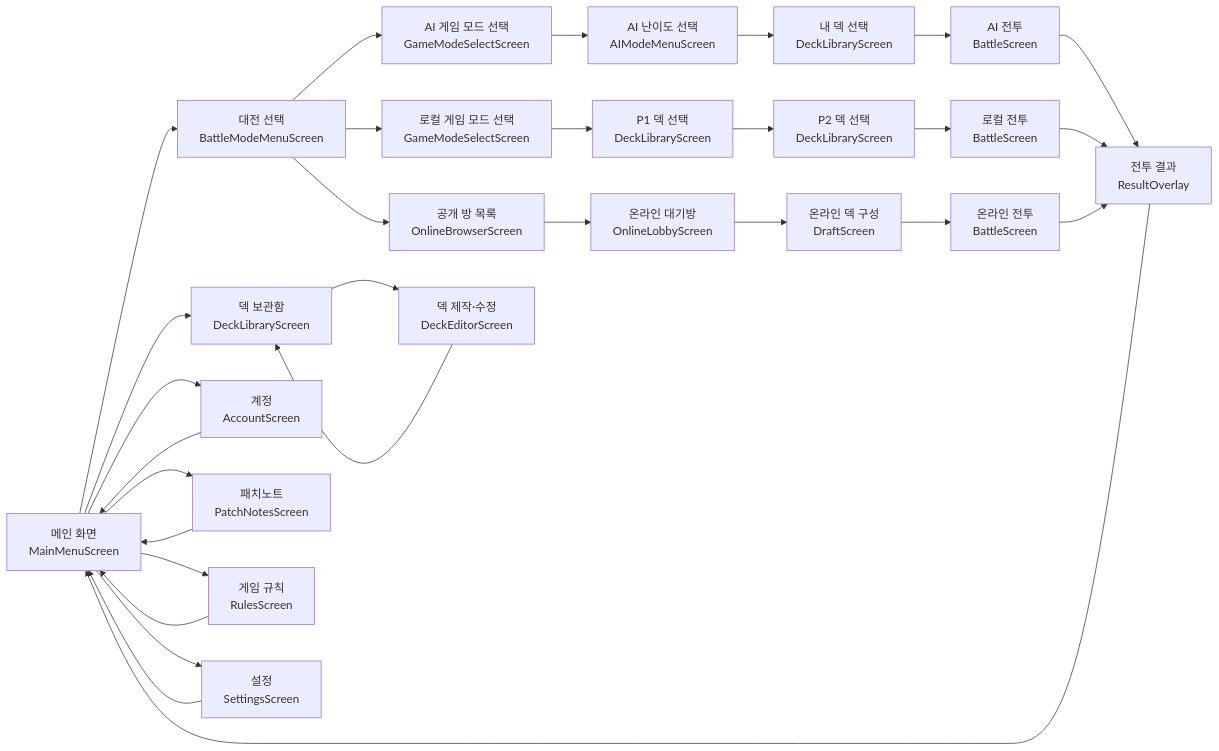
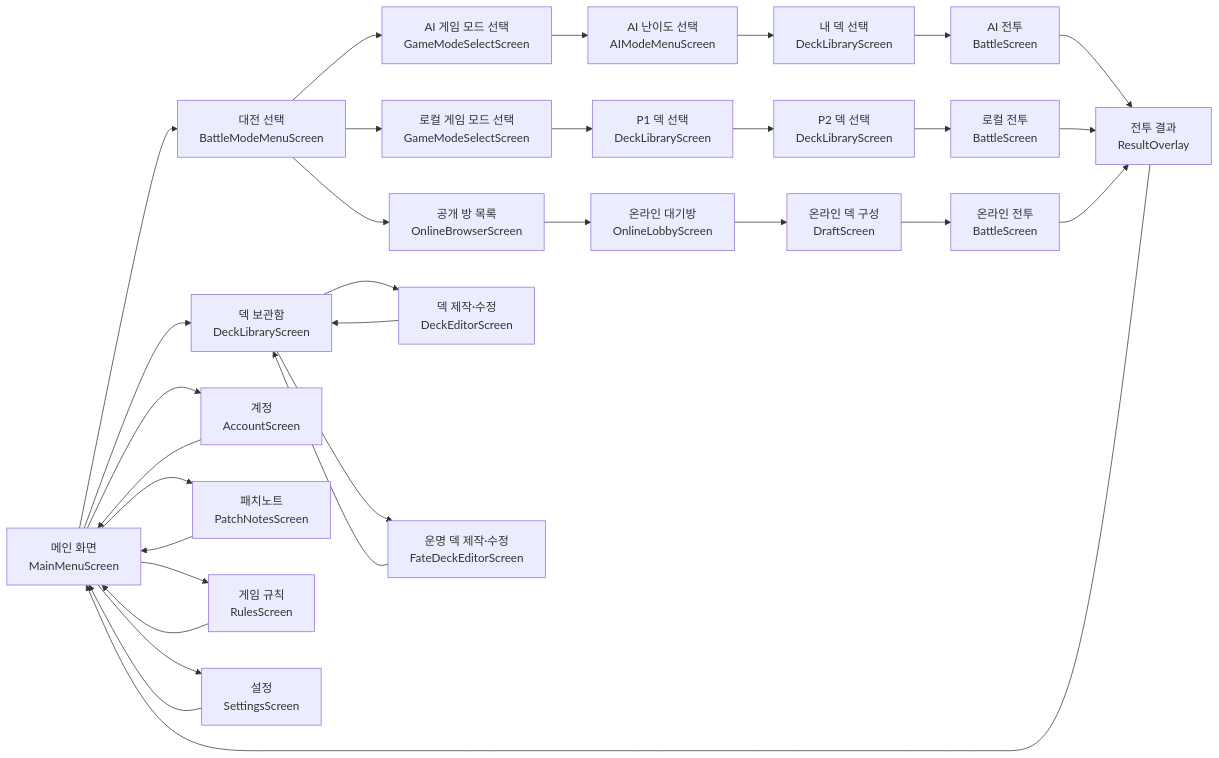
Before and after one commit to GndaI/BestTCGidea: the diagram in docs/SCENE_MAP.md, drawn with Mermaid. The commit also changed other lines of this file and 7 other files, not shown here.

Commit message:
plus fate deck

````diff
--- a/docs/SCENE_MAP.md
+++ b/docs/SCENE_MAP.md
@@ -5,17 +5,18 @@
 ```mermaid
 flowchart LR
     MAIN["메인 화면<br/>MainMenuScreen"] --> BMODE["대전 선택<br/>BattleModeMenuScreen"]
     BMODE --> AIGMODE["AI 게임 모드 선택<br/>GameModeSelectScreen"] --> AI["AI 난이도 선택<br/>AIModeMenuScreen"]
     AI --> AIDECK["내 덱 선택<br/>DeckLibraryScreen"] --> AIBATTLE["AI 전투<br/>BattleScreen"]
     BMODE --> LOCALGMODE["로컬 게임 모드 선택<br/>GameModeSelectScreen"] --> P1DECK["P1 덱 선택<br/>DeckLibraryScreen"] --> P2DECK["P2 덱 선택<br/>DeckLibraryScreen"] --> LOCAL["로컬 전투<br/>BattleScreen"]
     BMODE --> ROOMS["공개 방 목록<br/>OnlineBrowserScreen"] --> LOBBY["온라인 대기방<br/>OnlineLobbyScreen"] --> DRAFT["온라인 덱 구성<br/>DraftScreen"] --> ONLINE["온라인 전투<br/>BattleScreen"]
     AIBATTLE --> RESULT["전투 결과<br/>ResultOverlay"]
     LOCAL --> RESULT
     ONLINE --> RESULT
     RESULT --> MAIN
     MAIN --> DECKS["덱 보관함<br/>DeckLibraryScreen"] --> EDITOR["덱 제작·수정<br/>DeckEditorScreen"] --> DECKS
+    DECKS --> FATEEDITOR["운명 덱 제작·수정<br/>FateDeckEditorScreen"] --> DECKS
     MAIN --> ACCOUNT["계정<br/>AccountScreen"] --> MAIN
     MAIN --> PATCH["패치노트<br/>PatchNotesScreen"] --> MAIN
     MAIN --> RULES["게임 규칙<br/>RulesScreen"] --> MAIN
     MAIN --> SETTINGS["설정<br/>SettingsScreen"] --> MAIN
 ```
````
